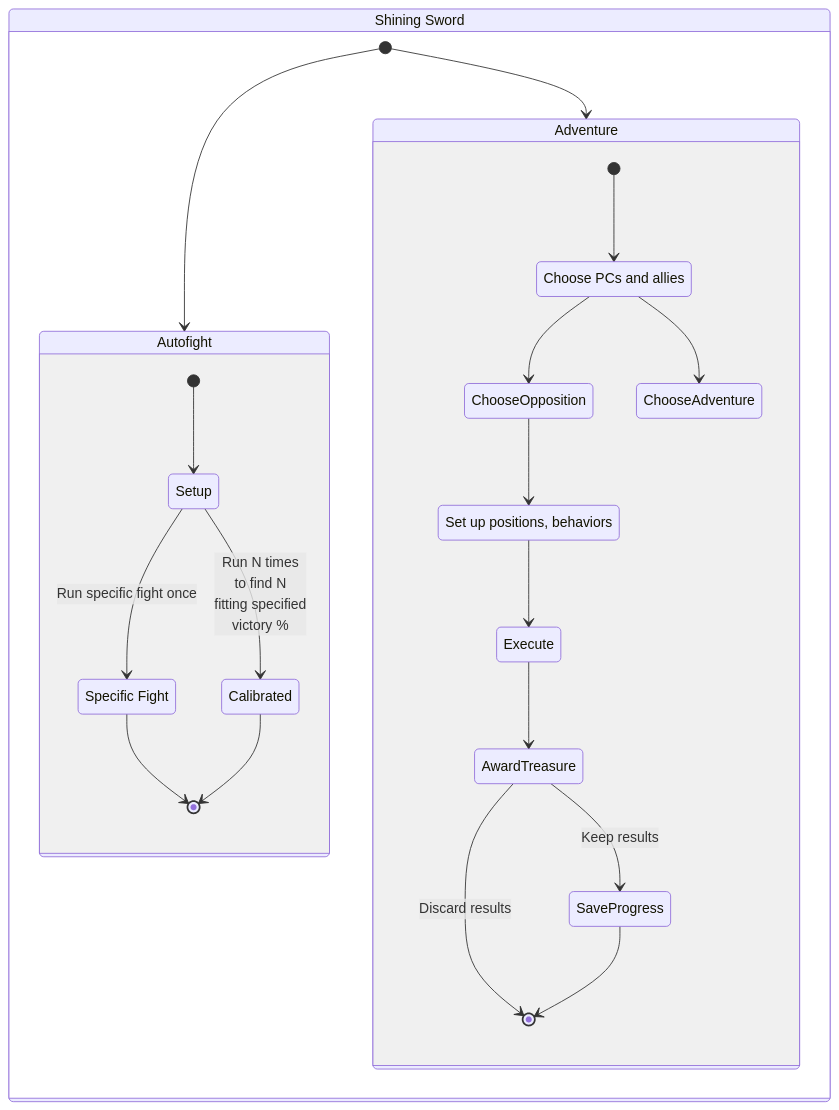
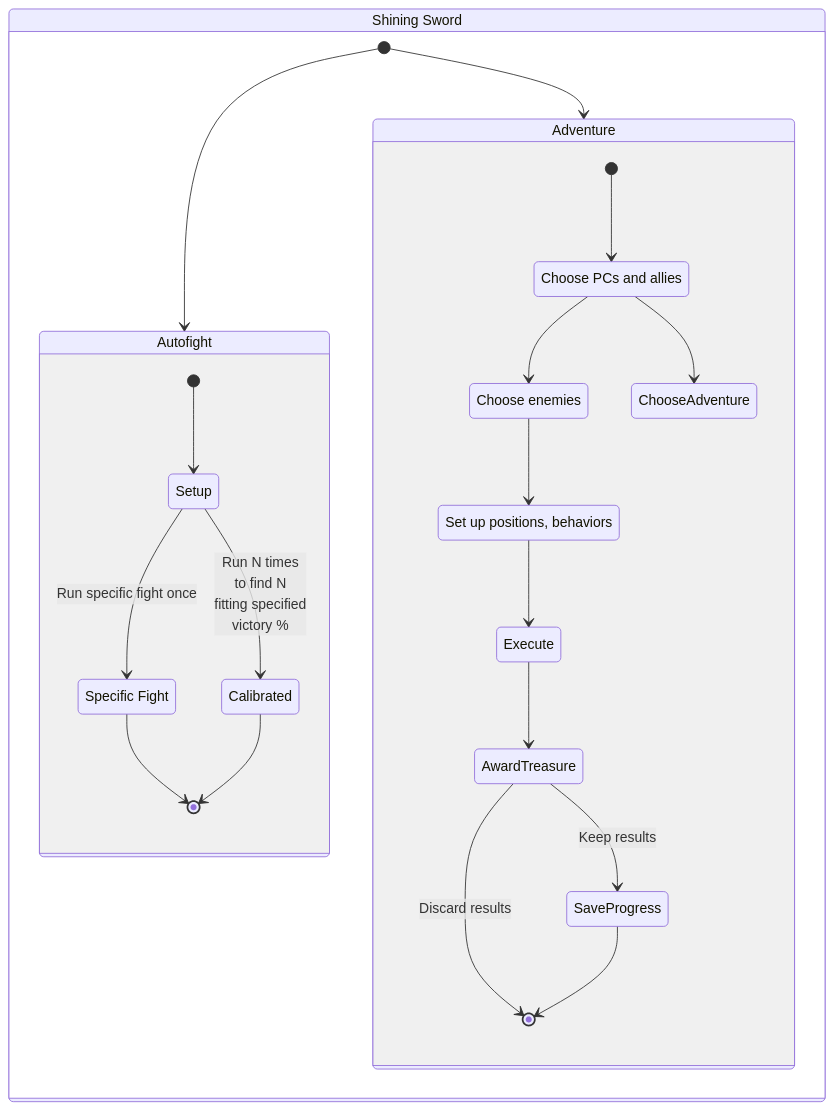
One commit to MaxWilson/Arena changed the second of 2 diagrams in README.md. Above: the diagram before and after it, drawn with Mermaid. The commit also changed 3 other files, not shown here.

Commit message:
Allow to advance from ChooseParty to ChooseOpposition stub

```diff
--- a/README.md
+++ b/README.md
@@ -47,28 +47,29 @@
 ::: mermaid
 stateDiagram-v2
   state "Shining Sword" as flow {
     [*] --> Autofight
     [*] --> Adventure
     state Autofight {
         [*] --> Setup
         SpecificFight: Specific Fight
         Setup --> SpecificFight: Run specific fight once
         Setup --> Calibrated: Run N times <br>to find N <br> fitting specified <br>victory %
         SpecificFight --> [*]
         Calibrated --> [*]
     }
     state Adventure {
       ChooseParty: Choose PCs and allies
+      ChooseOpposition: Choose enemies
       [*] --> ChooseParty
       ChooseParty --> ChooseOpposition
       ChooseParty --> ChooseAdventure
       ChooseOpposition --> SetupEncounter
       SetupEncounter: Set up positions, behaviors
       SetupEncounter --> Execute
       Execute --> AwardTreasure
       AwardTreasure --> SaveProgress: Keep results
       AwardTreasure --> [*]: Discard results
       SaveProgress --> [*]
     }
   }
 :::
```
